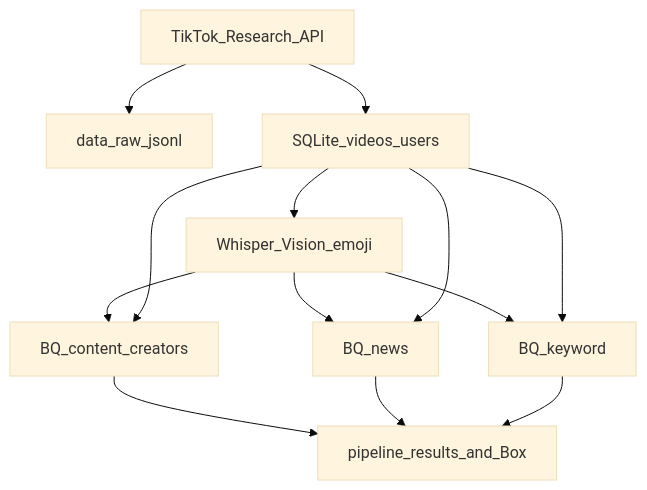
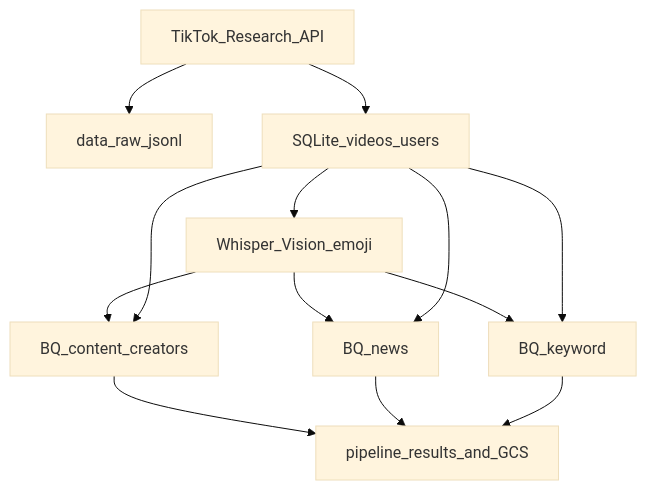
One commit to ava-motes/tiktok-research changed the diagram in docs/SCHEMA.md. Above: the diagram before and after it, drawn with Mermaid (base theme). The commit also changed other lines of this file and 40 other files, not shown here.

````diff
--- a/docs/SCHEMA.md
+++ b/docs/SCHEMA.md
@@ -26,15 +25,15 @@
 ```mermaid
 flowchart TD
   api[TikTok_Research_API] --> raw[data_raw_jsonl]
   api --> videos[SQLite_videos_users]
   videos --> enrich[Whisper_Vision_emoji]
   enrich --> p1[BQ_content_creators]
   enrich --> p2[BQ_news]
   enrich --> p3[BQ_keyword]
   videos --> p1
   videos --> p2
   videos --> p3
-  p1 --> out[pipeline_results_and_Box]
+  p1 --> out[pipeline_results_and_GCS]
   p2 --> out
   p3 --> out
 ```
````
